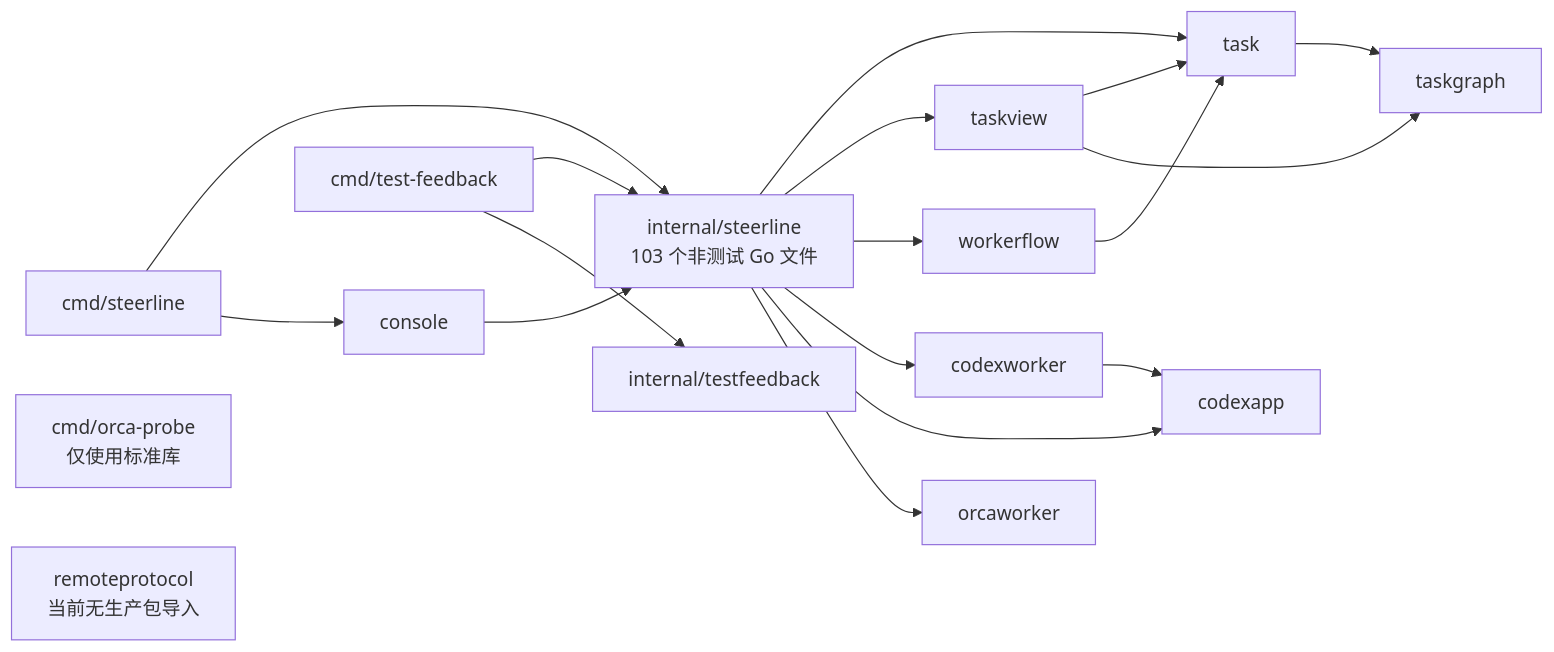
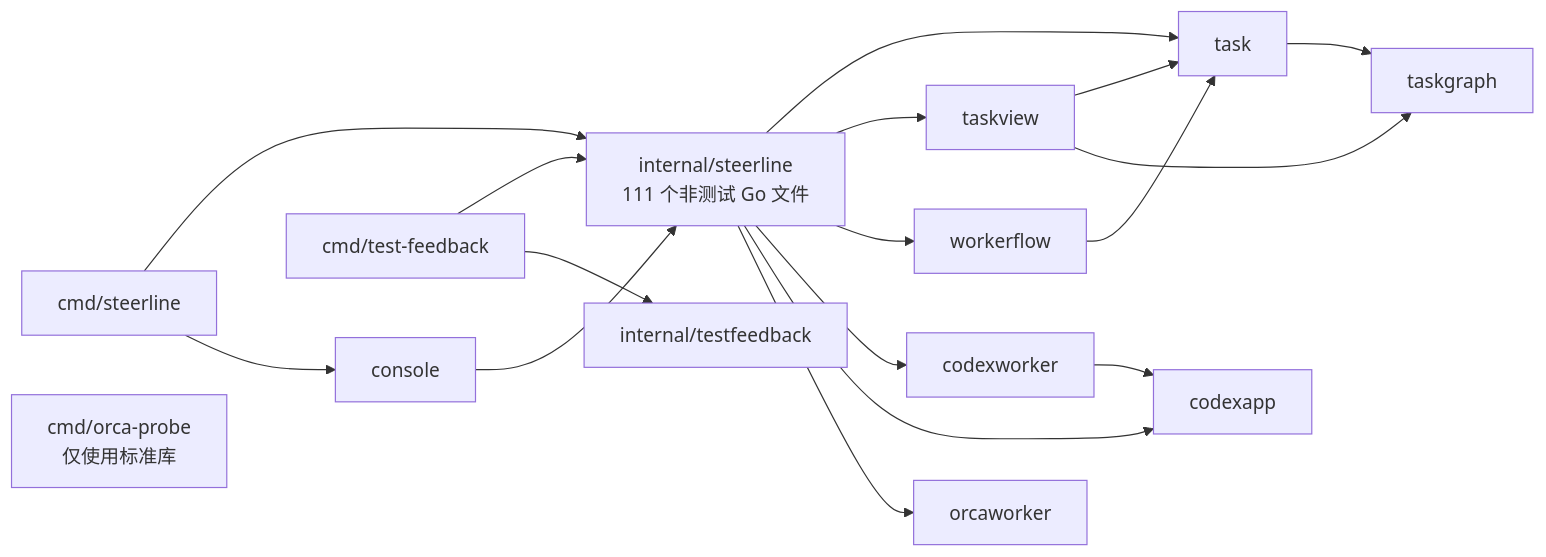
The second of 7 diagrams in docs/architecture/current-code-architecture.md (erranliu/SteerLine), drawn with Mermaid before and after one commit. The commit also changed other lines of this file and 64 other files, not shown here.

````diff
--- a/docs/architecture/current-code-architecture.md
+++ b/docs/architecture/current-code-architecture.md
@@ -70,23 +70,22 @@
 ```mermaid
 flowchart LR
-    CLI["cmd/steerline"] --> Core["internal/steerline<br/>103 个非测试 Go 文件"]
+    CLI["cmd/steerline"] --> Core["internal/steerline<br/>111 个非测试 Go 文件"]
     CLI --> Console["console"]
     Console --> Core
 
     Core --> Task["task"]
     Core --> TaskView["taskview"]
     Core --> Flow["workerflow"]
     Core --> CW["codexworker"]
     Core --> CA["codexapp"]
     Core --> OW["orcaworker"]
     Task --> Graph["taskgraph"]
     TaskView --> Task
     TaskView --> Graph
     Flow --> Task
     CW --> CA
 
     Feedback["cmd/test-feedback"] --> Core
     Feedback --> Summary["internal/testfeedback"]
     Probe["cmd/orca-probe<br/>仅使用标准库"]
-    Verify["remoteprotocol<br/>当前无生产包导入"]
 ```
````
